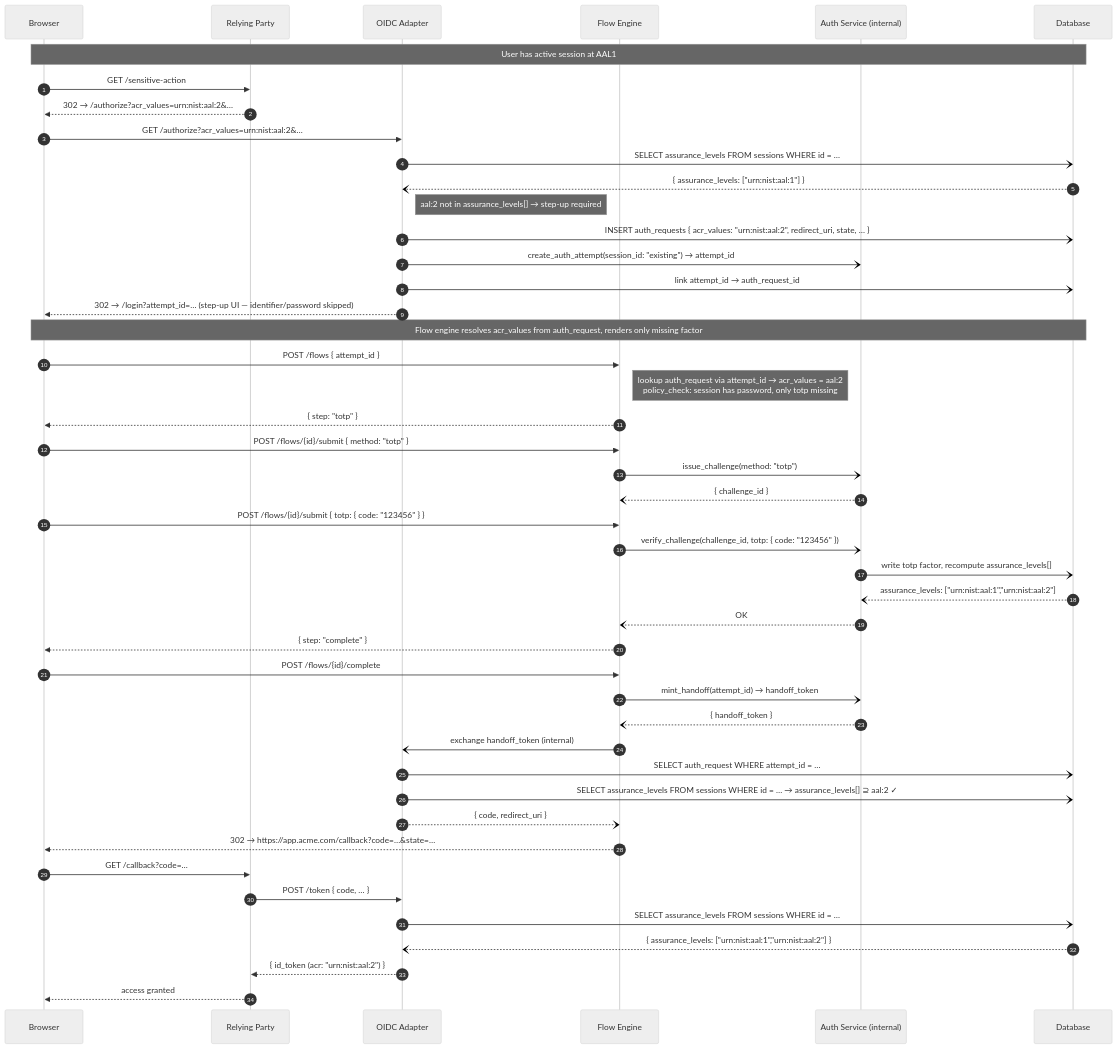
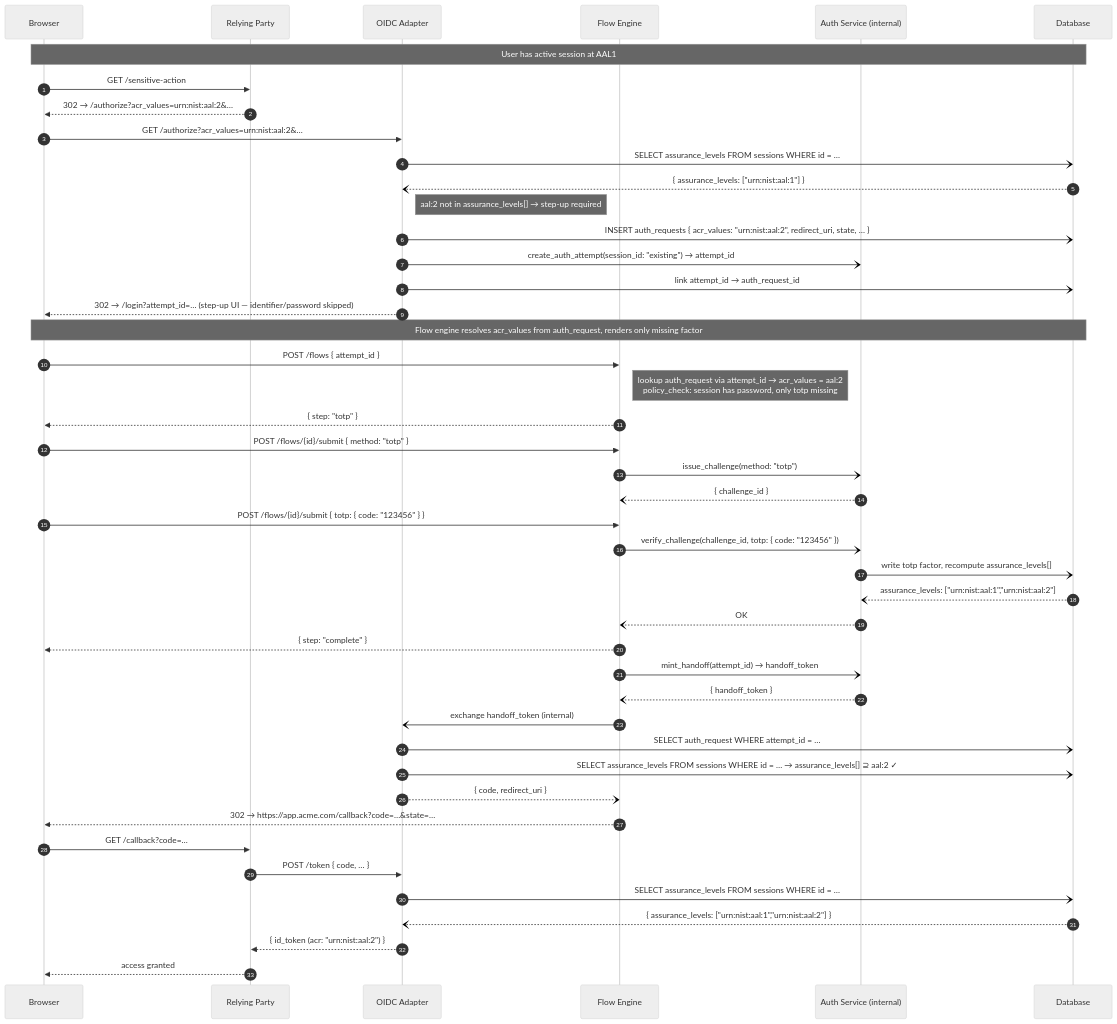
Before and after one commit to zitadel/nextgen: the fourth of 4 diagrams in docs/design/api/authn-and-auth-flows.md, drawn with Mermaid (neutral theme). The commit also changed other lines of this file, not shown here.

````diff
--- a/docs/design/api/authn-and-auth-flows.md
+++ b/docs/design/api/authn-and-auth-flows.md
@@ -346,57 +339,56 @@
 ```mermaid
 sequenceDiagram
     autonumber
     participant Browser
     participant RP as Relying Party
     participant OIDCAdapter as OIDC Adapter
     participant FlowEngine as Flow Engine
     participant AuthService as Auth Service (internal)
     participant DB as Database
 
     Note over Browser,DB: User has active session at AAL1
 
     Browser->>RP: GET /sensitive-action
     RP-->>Browser: 302 → /authorize?acr_values=urn:nist:aal:2&…
 
     Browser->>OIDCAdapter: GET /authorize?acr_values=urn:nist:aal:2&…
     OIDCAdapter-)DB: SELECT assurance_levels FROM sessions WHERE id = …
     DB--)OIDCAdapter: { assurance_levels: ["urn:nist:aal:1"] }
     Note right of OIDCAdapter: aal:2 not in assurance_levels[] → step-up required
 
     OIDCAdapter-)DB: INSERT auth_requests { acr_values: "urn:nist:aal:2", redirect_uri, state, … }
     OIDCAdapter-)AuthService: create_auth_attempt(session_id: "existing") → attempt_id
     OIDCAdapter-)DB: link attempt_id → auth_request_id
     OIDCAdapter-->>Browser: 302 → /login?attempt_id=… (step-up UI — identifier/password skipped)
 
     Note over Browser,DB: Flow engine resolves acr_values from auth_request, renders only missing factor
 
     Browser->>FlowEngine: POST /flows { attempt_id }
     Note right of FlowEngine: lookup auth_request via attempt_id → acr_values = aal:2<br/>policy_check: session has password, only totp missing
     FlowEngine-->>Browser: { step: "totp" }
 
     Browser->>FlowEngine: POST /flows/{id}/submit { method: "totp" }
     FlowEngine-)AuthService: issue_challenge(method: "totp")
     AuthService--)FlowEngine: { challenge_id }
     Browser->>FlowEngine: POST /flows/{id}/submit { totp: { code: "123456" } }
     FlowEngine-)AuthService: verify_challenge(challenge_id, totp: { code: "123456" })
     AuthService-)DB: write totp factor, recompute assurance_levels[]
     DB--)AuthService: assurance_levels: ["urn:nist:aal:1","urn:nist:aal:2"]
     AuthService--)FlowEngine: OK
     FlowEngine-->>Browser: { step: "complete" }
 
-    Browser->>FlowEngine: POST /flows/{id}/complete
     FlowEngine-)AuthService: mint_handoff(attempt_id) → handoff_token
     AuthService--)FlowEngine: { handoff_token }
     FlowEngine-)OIDCAdapter: exchange handoff_token (internal)
     OIDCAdapter-)DB: SELECT auth_request WHERE attempt_id = …
     OIDCAdapter-)DB: SELECT assurance_levels FROM sessions WHERE id = … → assurance_levels[] ⊇ aal:2 ✓
     OIDCAdapter--)FlowEngine: { code, redirect_uri }
     FlowEngine-->>Browser: 302 → https://app.acme.com/callback?code=…&state=…
 
     Browser->>RP: GET /callback?code=…
     RP->>OIDCAdapter: POST /token { code, … }
     OIDCAdapter-)DB: SELECT assurance_levels FROM sessions WHERE id = …
     DB--)OIDCAdapter: { assurance_levels: ["urn:nist:aal:1","urn:nist:aal:2"] }
     OIDCAdapter-->>RP: { id_token (acr: "urn:nist:aal:2") }
     RP-->>Browser: access granted
 ```
````
